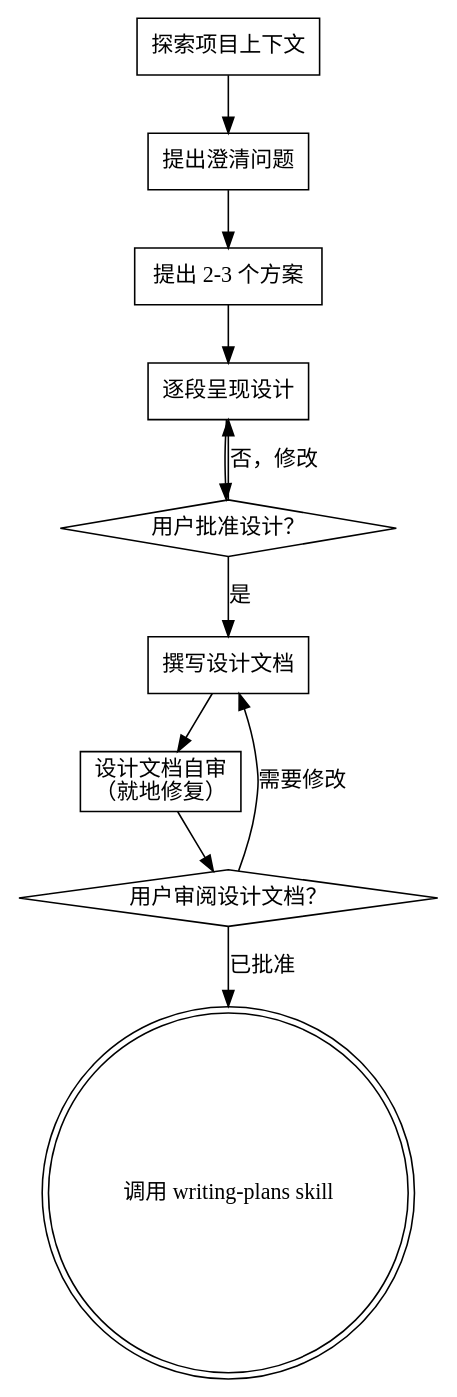
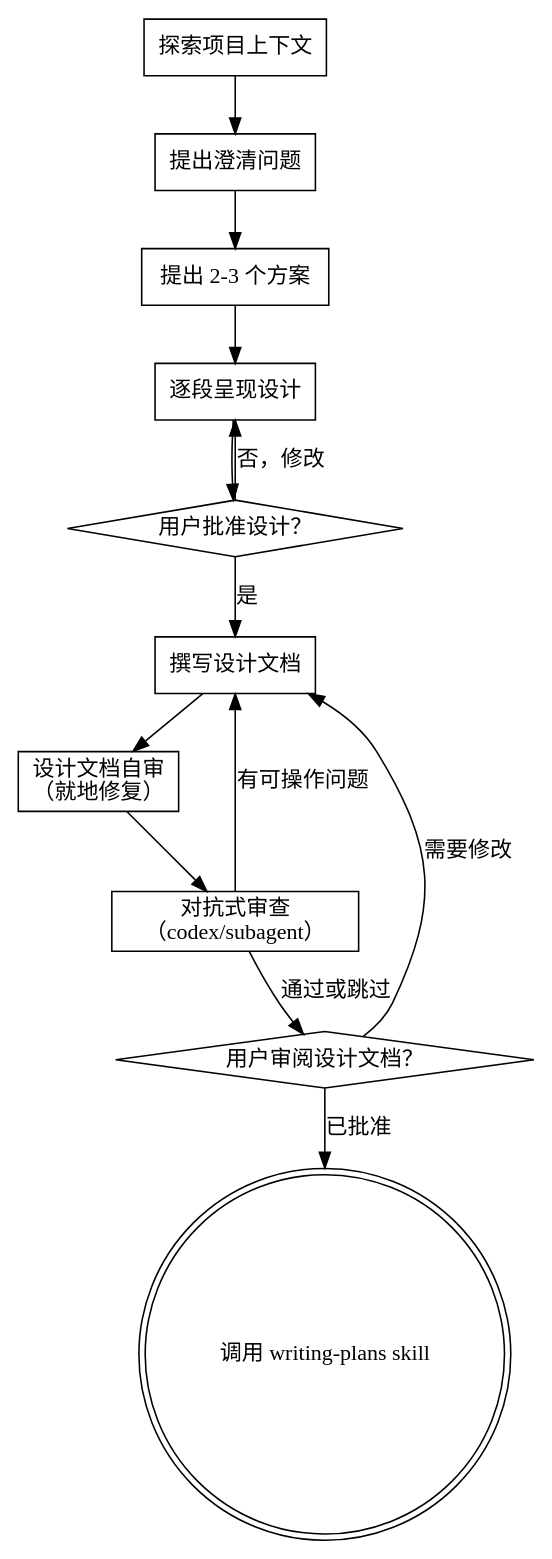
Before and after one commit to Tamrac-web/zonedev: the diagram in skills/brainstorming/SKILL.md, drawn with Graphviz. The commit also changed other lines of this file and 1 other file, not shown here.

````diff
--- a/skills/brainstorming/SKILL.md
+++ b/skills/brainstorming/SKILL.md
@@ -35,24 +36,27 @@
 ```dot
 digraph brainstorming {
     "探索项目上下文" [shape=box];
     "提出澄清问题" [shape=box];
     "提出 2-3 个方案" [shape=box];
     "逐段呈现设计" [shape=box];
     "用户批准设计？" [shape=diamond];
     "撰写设计文档" [shape=box];
     "设计文档自审\n（就地修复）" [shape=box];
+    "对抗式审查\n（codex/subagent）" [shape=box];
     "用户审阅设计文档？" [shape=diamond];
     "调用 writing-plans skill" [shape=doublecircle];
 
     "探索项目上下文" -> "提出澄清问题";
     "提出澄清问题" -> "提出 2-3 个方案";
     "提出 2-3 个方案" -> "逐段呈现设计";
     "逐段呈现设计" -> "用户批准设计？";
     "用户批准设计？" -> "逐段呈现设计" [label="否，修改"];
     "用户批准设计？" -> "撰写设计文档" [label="是"];
     "撰写设计文档" -> "设计文档自审\n（就地修复）";
-    "设计文档自审\n（就地修复）" -> "用户审阅设计文档？";
+    "设计文档自审\n（就地修复）" -> "对抗式审查\n（codex/subagent）";
+    "对抗式审查\n（codex/subagent）" -> "撰写设计文档" [label="有可操作问题"];
+    "对抗式审查\n（codex/subagent）" -> "用户审阅设计文档？" [label="通过或跳过"];
     "用户审阅设计文档？" -> "撰写设计文档" [label="需要修改"];
     "用户审阅设计文档？" -> "调用 writing-plans skill" [label="已批准"];
 }
 ```
````
